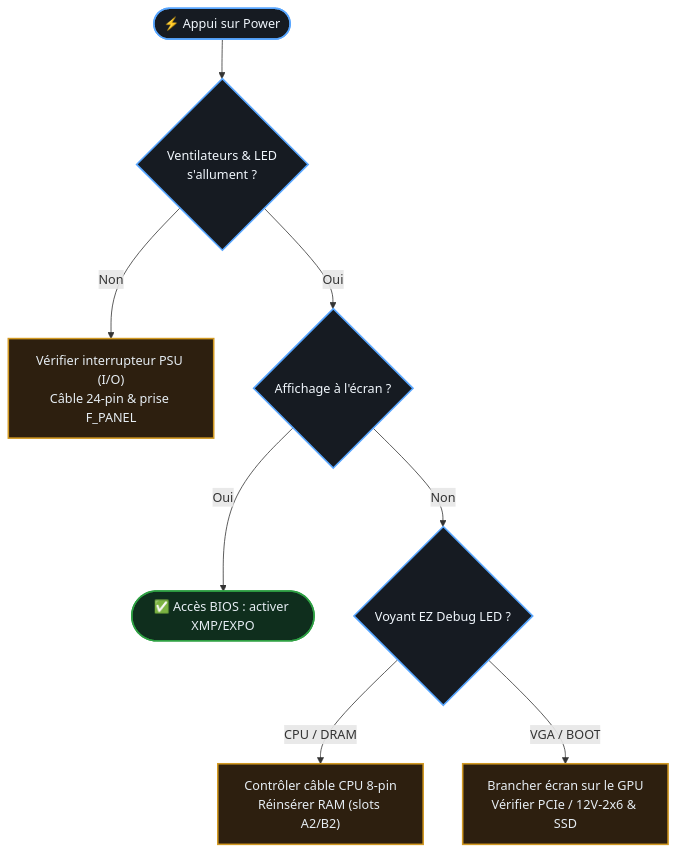
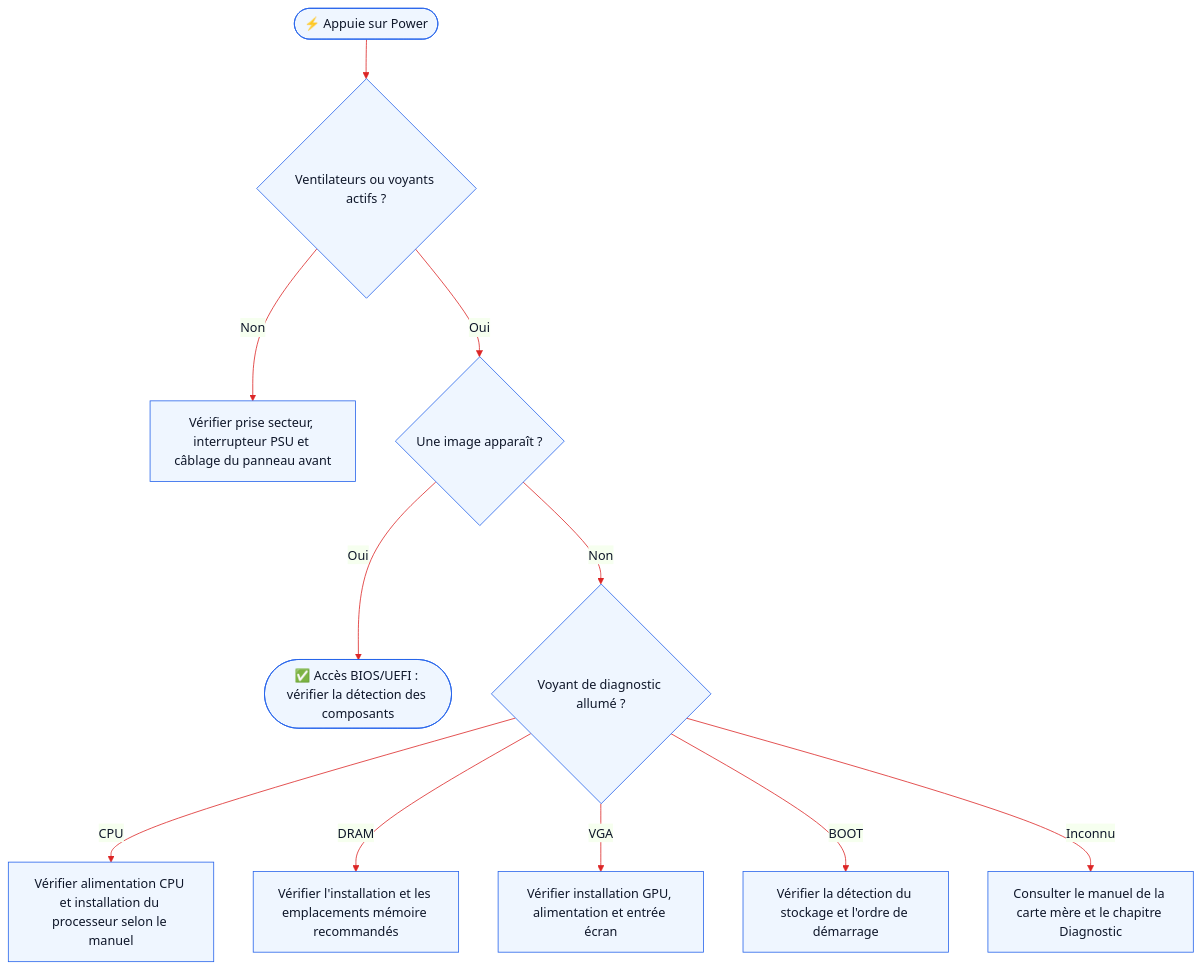
The third of 3 diagrams in README.md (teremuhamblin/PCperso), drawn with Mermaid before and after one commit. The commit also changed other lines of this file, not shown here.

````diff
--- a/README.md
+++ b/README.md
@@ -177,17 +199,14 @@
 ```mermaid
+%%{init: {"theme":"base","themeVariables":{"primaryColor":"#EFF6FF","primaryTextColor":"#0F172A","primaryBorderColor":"#2563EB","lineColor":"#DC2626","fontFamily":"Arial"}}}%%
 flowchart TD
-    S(["⚡ Appui sur Power"]) --> P{"Ventilateurs & LED<br/>s'allument ?"}
-    P -->|Non| P1["Vérifier interrupteur PSU (I/O)<br/>Câble 24-pin & prise F_PANEL"]
-    P -->|Oui| D{"Affichage à l'écran ?"}
-    D -->|Oui| OK(["✅ Accès BIOS : activer XMP/EXPO"])
-    D -->|Non| D1{"Voyant EZ Debug LED ?"}
-    D1 -->|"CPU / DRAM"| D2["Contrôler câble CPU 8-pin<br/>Réinsérer RAM (slots A2/B2)"]
-    D1 -->|"VGA / BOOT"| D3["Brancher écran sur le GPU<br/>Vérifier PCIe / 12V-2x6 & SSD"]
-
-    classDef ok fill:#0f2e1d,stroke:#2ea043,stroke-width:2px,color:#e6edf3
-    classDef warn fill:#2d1f0f,stroke:#d29922,stroke-width:2px,color:#e6edf3
-    classDef base fill:#161b22,stroke:#58a6ff,stroke-width:2px,color:#f0f6fc
-    class OK ok
-    class P1,D2,D3 warn
-    class S,P,D,D1 base
+    S(["⚡ Appuie sur Power"]) --> P{"Ventilateurs ou voyants actifs ?"}
+    P -->|Non| P1["Vérifier prise secteur, interrupteur PSU et câblage du panneau avant"]
+    P -->|Oui| D{"Une image apparaît ?"}
+    D -->|Oui| OK(["✅ Accès BIOS/UEFI : vérifier la détection des composants"])
+    D -->|Non| LED{"Voyant de diagnostic allumé ?"}
+    LED -->|CPU| CPU["Vérifier alimentation CPU et installation du processeur selon le manuel"]
+    LED -->|DRAM| RAM["Vérifier l'installation et les emplacements mémoire recommandés"]
+    LED -->|VGA| GPU["Vérifier installation GPU, alimentation et entrée écran"]
+    LED -->|BOOT| BOOT["Vérifier la détection du stockage et l'ordre de démarrage"]
+    LED -->|Inconnu| DOC["Consulter le manuel de la carte mère et le chapitre Diagnostic"]
 ```
````
